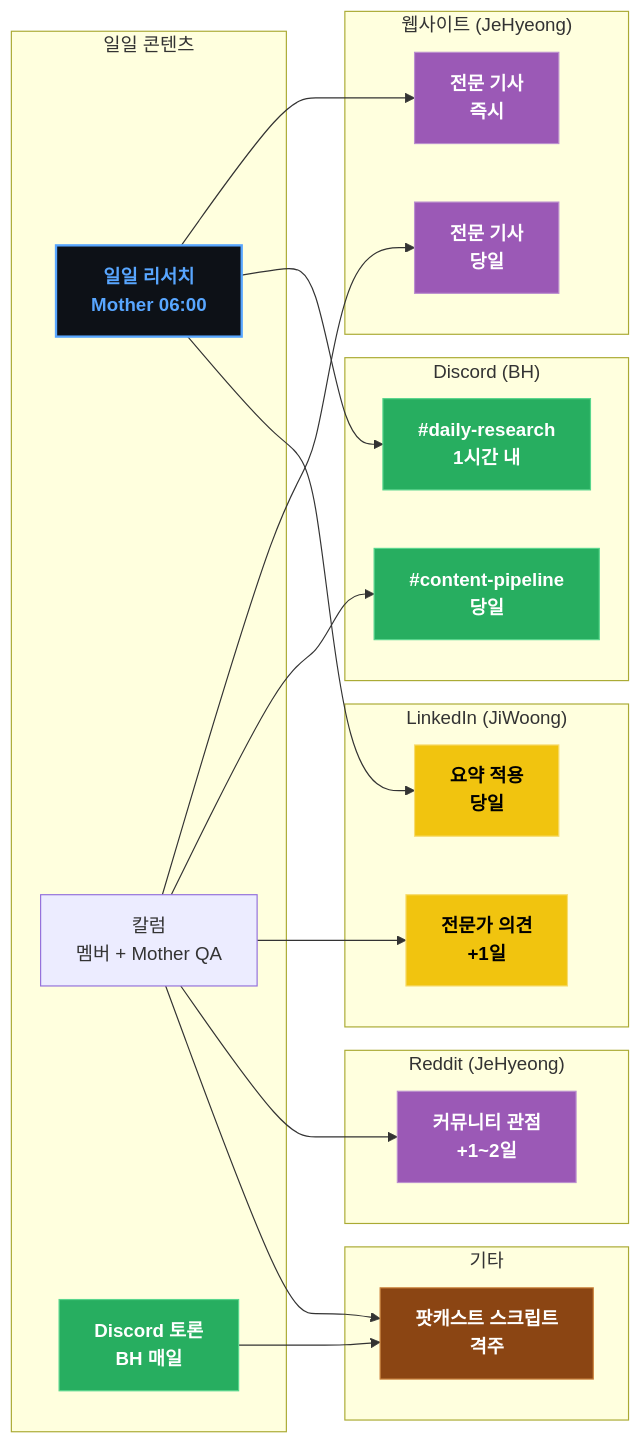
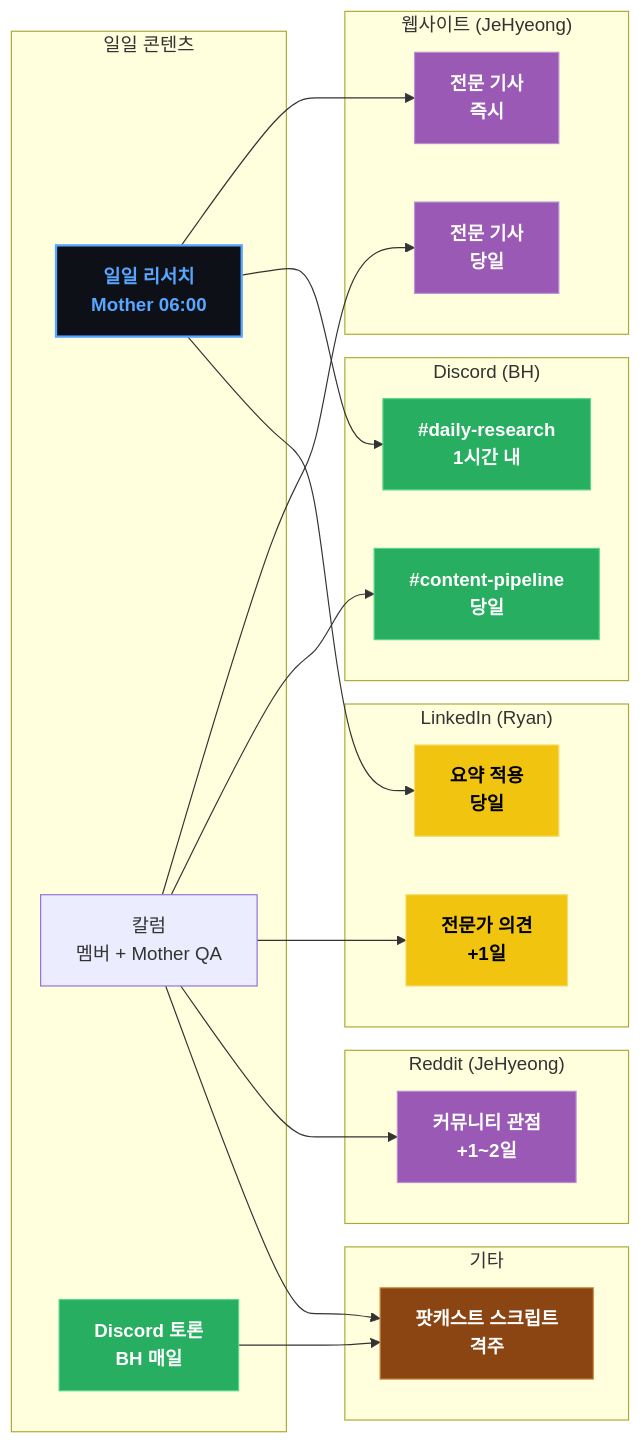
Before and after one commit to JeHyeong2/hypeprooflab: the diagram in products/hypeproof-workflow-diagrams/d6a-color.mmd, drawn with Mermaid. The commit also changed 35 other files, not shown here.

First line of the commit message:
fix: merge JiWoong→Ryan, add Academy pipeline, 8 members

```diff
--- a/products/hypeproof-workflow-diagrams/d6a-color.mmd
+++ b/products/hypeproof-workflow-diagrams/d6a-color.mmd
@@ -1,58 +1,57 @@
 flowchart LR
     subgraph SRC["일일 콘텐츠"]
         C1["일일 리서치<br/>Mother 06:00"]
         C2["칼럼<br/>멤버 + Mother QA"]
         C7["Discord 토론<br/>BH 매일"]
     end
 
     subgraph WEB["웹사이트 (JeHyeong)"]
         W1["전문 기사<br/>즉시"]
         W2["전문 기사<br/>당일"]
     end
 
     subgraph DISC["Discord (BH)"]
         D1["#daily-research<br/>1시간 내"]
         D2["#content-pipeline<br/>당일"]
     end
 
-    subgraph LI["LinkedIn (JiWoong)"]
+    subgraph LI["LinkedIn (Ryan)"]
         L1["요약 적용<br/>당일"]
         L2["전문가 의견<br/>+1일"]
     end
 
     subgraph RD["Reddit (JeHyeong)"]
         R2["커뮤니티 관점<br/>+1~2일"]
     end
 
     subgraph OTH["기타"]
         O7["팟캐스트 스크립트<br/>격주"]
     end
 
     C1 --> W1
     C1 --> D1
     C1 --> L1
 
     C2 --> W2
     C2 --> D2
     C2 --> L2
     C2 --> R2
     C2 --> O7
 
     C7 --> O7
 
     classDef jay fill:#1f6feb,stroke:#388bfd,color:#fff,font-weight:bold
     classDef kiwon fill:#e8734a,stroke:#f78166,color:#fff,font-weight:bold
-    classDef jiwoong fill:#f1c40f,stroke:#f7dc6f,color:#000,font-weight:bold
+    classDef ryan fill:#f1c40f,stroke:#f7dc6f,color:#000,font-weight:bold
     classDef jy fill:#e74c3c,stroke:#f1948a,color:#fff,font-weight:bold
     classDef tj fill:#8b4513,stroke:#cd853f,color:#fff,font-weight:bold
     classDef jehyeong fill:#9b59b6,stroke:#bb8fce,color:#fff,font-weight:bold
     classDef bh fill:#27ae60,stroke:#58d68d,color:#fff,font-weight:bold
     classDef jungwoo fill:#3498db,stroke:#85c1e9,color:#fff,font-weight:bold
-    classDef ryan fill:#95a5a6,stroke:#bdc3c7,color:#000,font-weight:bold
     classDef mother fill:#0d1117,stroke:#58a6ff,color:#58a6ff,font-weight:bold,stroke-width:2px
 
     class C1 mother
     class C7,D1,D2 bh
     class W1,W2,R2 jehyeong
-    class L1,L2 jiwoong
+    class L1,L2 ryan
     class O7 tj
```
